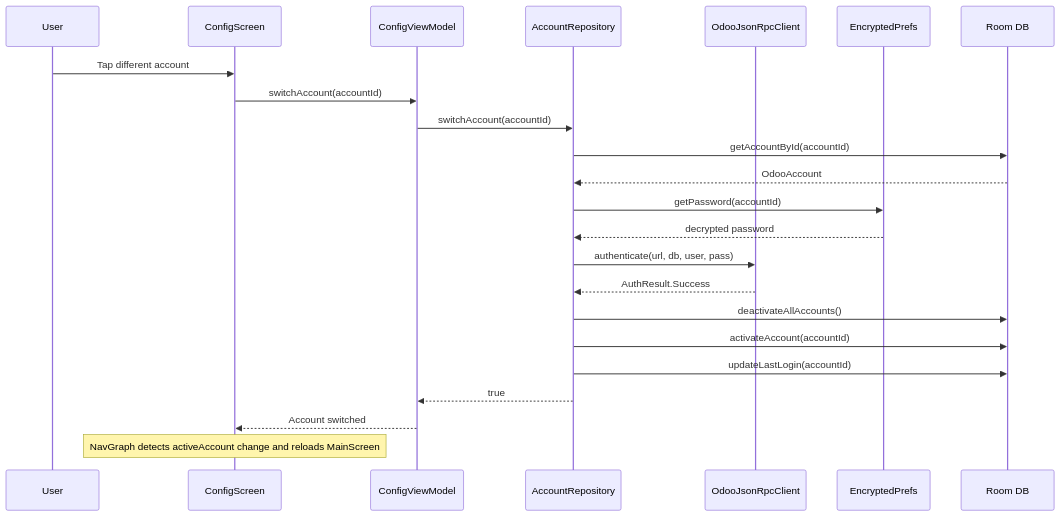
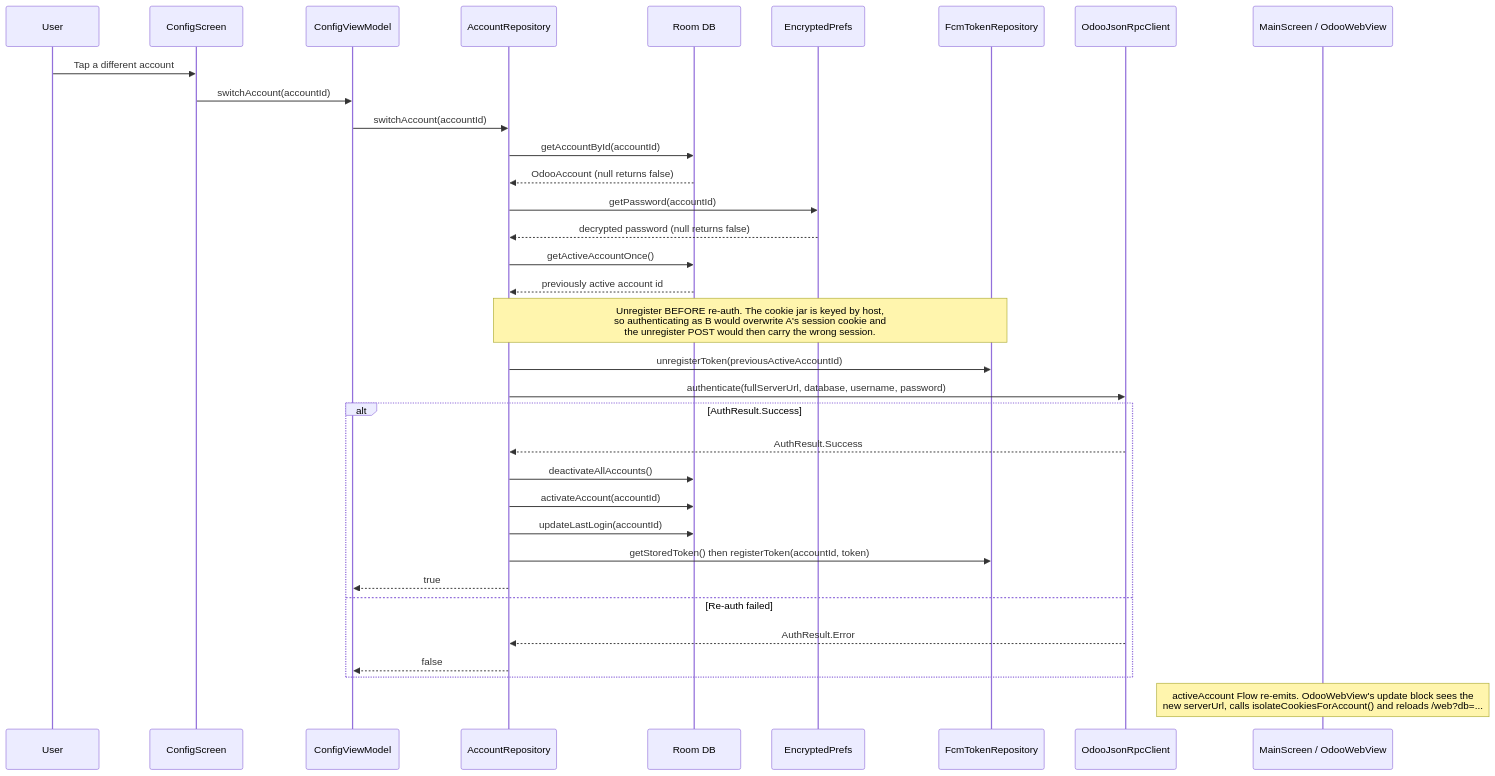
One commit to WOOWTECH/Woow_odoo_app changed diagram 19 of 22 in docs/architecture-overview.md. Above: the diagram before and after it, drawn with Mermaid. The commit also changed other lines of this file, not shown here.

First line of the commit message:
docs(arch): merge v1.4.1 architecture rewrite with audited legacy sections

````diff
--- a/docs/architecture-overview.md
+++ b/docs/architecture-overview.md
@@ -896,32 +1064,44 @@
 ```mermaid
 sequenceDiagram
     participant User
     participant ConfigScreen
     participant ConfigVM as ConfigViewModel
     participant AccRepo as AccountRepository
+    participant Room as Room DB
+    participant Prefs as EncryptedPrefs
+    participant Fcm as FcmTokenRepository
     participant RPC as OdooJsonRpcClient
-    participant Prefs as EncryptedPrefs
-    participant Room as Room DB
+    participant Main as MainScreen / OdooWebView
 
-    User->>ConfigScreen: Tap different account
+    User->>ConfigScreen: Tap a different account
     ConfigScreen->>ConfigVM: switchAccount(accountId)
     ConfigVM->>AccRepo: switchAccount(accountId)
 
     AccRepo->>Room: getAccountById(accountId)
-    Room-->>AccRepo: OdooAccount
+    Room-->>AccRepo: OdooAccount (null returns false)
 
     AccRepo->>Prefs: getPassword(accountId)
-    Prefs-->>AccRepo: decrypted password
+    Prefs-->>AccRepo: decrypted password (null returns false)
 
-    AccRepo->>RPC: authenticate(url, db, user, pass)
-    RPC-->>AccRepo: AuthResult.Success
+    AccRepo->>Room: getActiveAccountOnce()
+    Room-->>AccRepo: previously active account id
 
-    AccRepo->>Room: deactivateAllAccounts()
-    AccRepo->>Room: activateAccount(accountId)
-    AccRepo->>Room: updateLastLogin(accountId)
+    Note over AccRepo,Fcm: Unregister BEFORE re-auth. The cookie jar is keyed by host,<br/>so authenticating as B would overwrite A's session cookie and<br/>the unregister POST would then carry the wrong session.
+    AccRepo->>Fcm: unregisterToken(previousActiveAccountId)
 
-    AccRepo-->>ConfigVM: true
-    ConfigVM-->>ConfigScreen: Account switched
+    AccRepo->>RPC: authenticate(fullServerUrl, database, username, password)
 
-    Note over ConfigScreen: NavGraph detects activeAccount change and reloads MainScreen
+    alt AuthResult.Success
+        RPC-->>AccRepo: AuthResult.Success
+        AccRepo->>Room: deactivateAllAccounts()
+        AccRepo->>Room: activateAccount(accountId)
+        AccRepo->>Room: updateLastLogin(accountId)
+        AccRepo->>Fcm: getStoredToken() then registerToken(accountId, token)
+        AccRepo-->>ConfigVM: true
+    else Re-auth failed
+        RPC-->>AccRepo: AuthResult.Error
+        AccRepo-->>ConfigVM: false
+    end
+
+    Note over Main: activeAccount Flow re-emits. OdooWebView's update block sees the<br/>new serverUrl, calls isolateCookiesForAccount() and reloads /web?db=...
 ```
````
